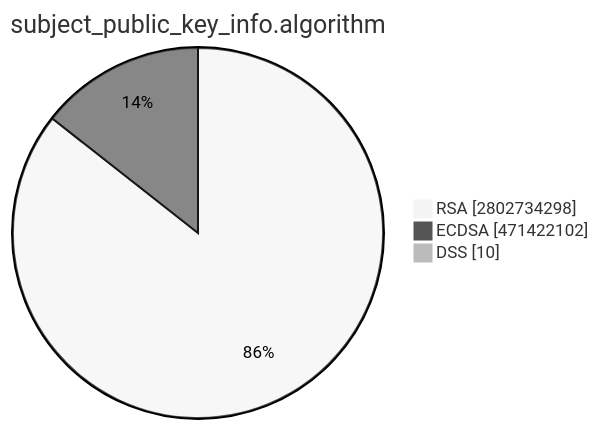
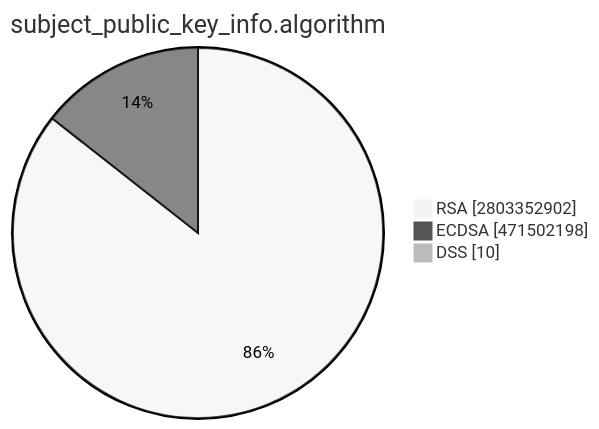
The second of 15 diagrams in TOTAL/README.md (christiankrug/ctmonitor_visualization), drawn with Mermaid (neutral theme) before and after one commit. The commit also changed other lines of this file, not shown here.

````diff
--- a/TOTAL/README.md
+++ b/TOTAL/README.md
@@ -6,7 +6,7 @@
 ```mermaid
 pie showData
 title subject_public_key_info.algorithm
-"RSA" :2802734298
-"ECDSA" :471422102
+"RSA" :2803352902
+"ECDSA" :471502198
 "DSS" :10
 ```
````
